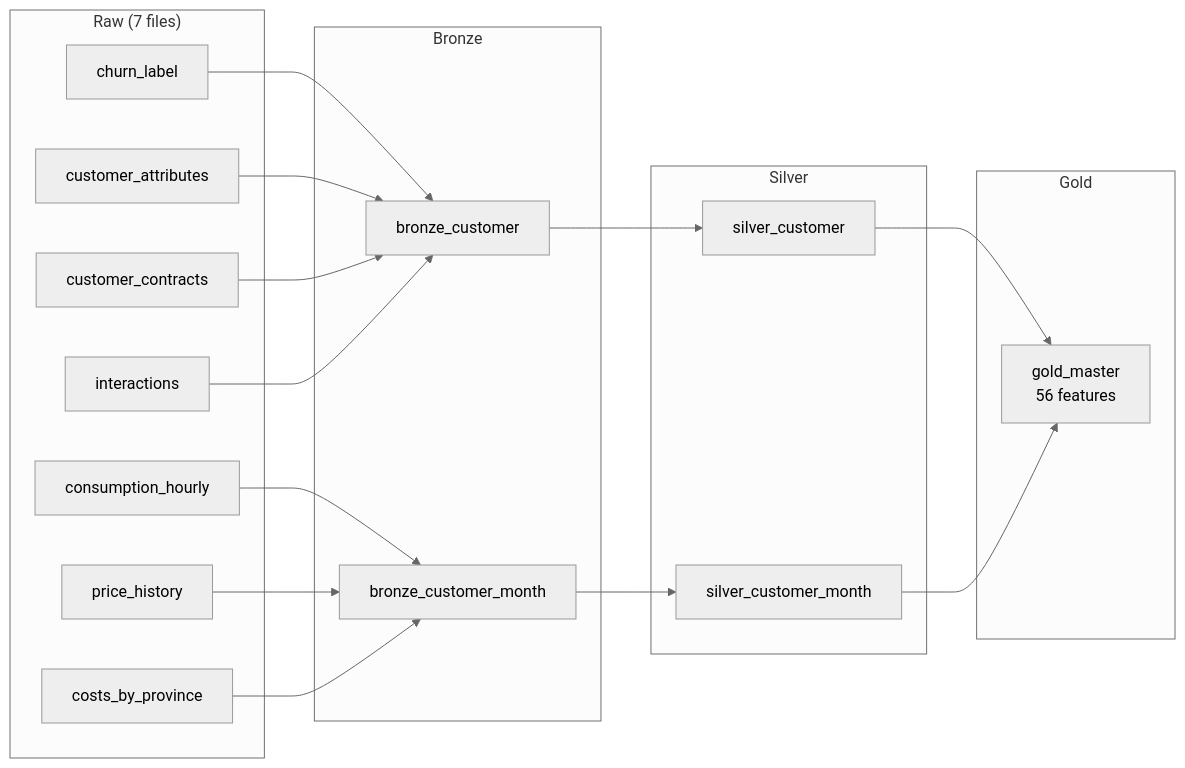
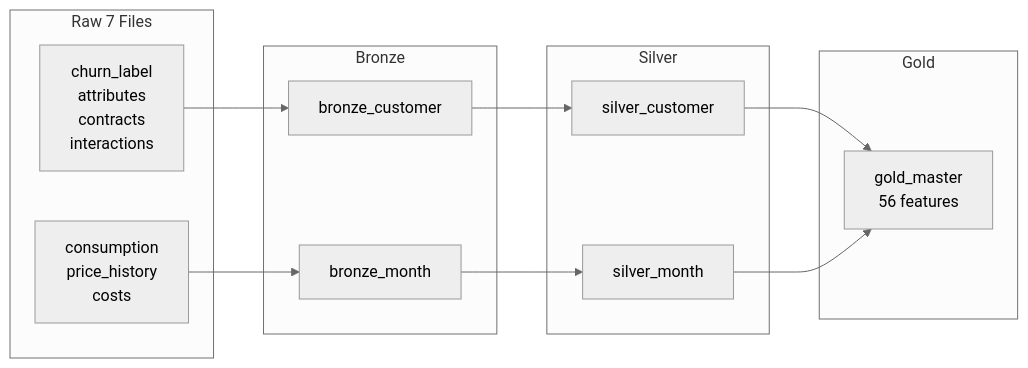
The second of 8 diagrams in README.md (rawad-yared/bcgx-spanishgas-g1), drawn with Mermaid (neutral theme) before and after one commit. The commit also changed other lines of this file, not shown here.

First line of the commit message:
Simplify all Mermaid diagrams to fix GitHub text truncation

````diff
--- a/README.md
+++ b/README.md
@@ -132,32 +105,27 @@
 ```mermaid
-graph LR
-    subgraph RAW["Raw (7 files)"]
-        CL["churn_label"]
-        CA["customer_attributes"]
-        CC["customer_contracts"]
-        CI["interactions"]
-        CH["consumption_hourly"]
-        PH["price_history"]
-        CP["costs_by_province"]
+flowchart LR
+    subgraph Raw[Raw 7 Files]
+        R1["churn_label<br>attributes<br>contracts<br>interactions"]
+        R2["consumption<br>price_history<br>costs"]
     end
 
-    subgraph BRONZE["Bronze"]
-        BC["bronze_customer"]
-        BCM["bronze_customer_month"]
+    subgraph Bronze
+        BC[bronze_customer]
+        BCM[bronze_month]
     end
 
-    subgraph SILVER["Silver"]
-        SC["silver_customer"]
-        SCM["silver_customer_month"]
+    subgraph Silver
+        SC[silver_customer]
+        SCM[silver_month]
     end
 
-    subgraph GOLD["Gold"]
-        GM["gold_master<br/>56 features"]
+    subgraph Gold
+        GM["gold_master<br>56 features"]
     end
 
-    CL & CA & CC & CI --> BC
-    CH & PH & CP --> BCM
+    R1 --> BC
+    R2 --> BCM
     BC --> SC
     BCM --> SCM
     SC & SCM --> GM
 ```
````
